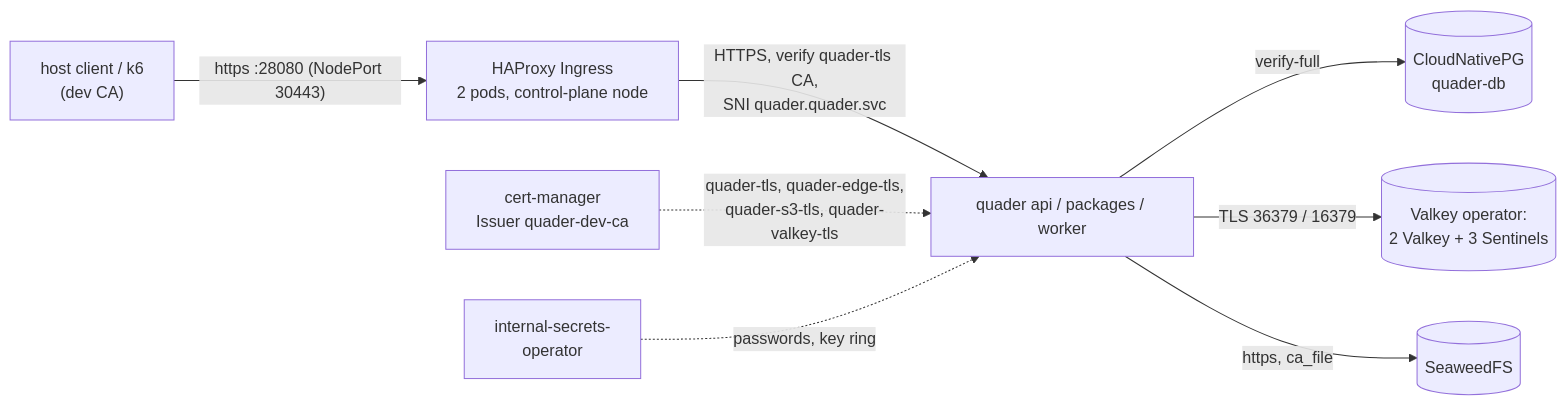
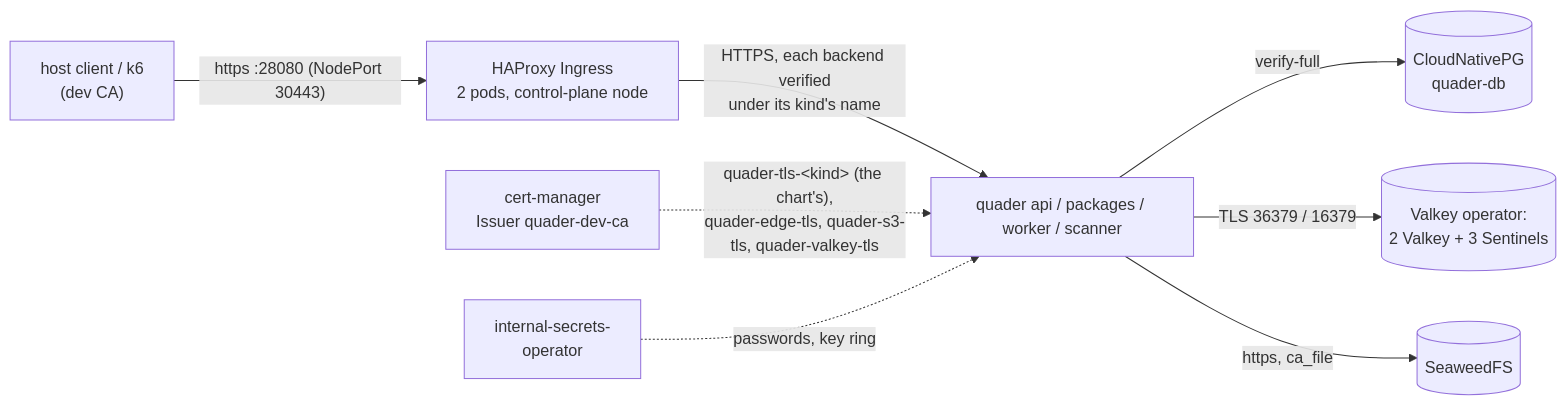
Before and after one commit to guided-traffic/quader: the diagram in docs/developer/local-profile.md, drawn with Mermaid. The commit also changed other lines of this file and 84 other files, not shown here.

First line of the commit message:
feat: every kind of pod has a TLS certificate of its own, which the chart issues through cert-manager

````diff
--- a/docs/developer/local-profile.md
+++ b/docs/developer/local-profile.md
@@ -13,10 +13,10 @@
 ```mermaid
 flowchart LR
   host["host client / k6<br/>(dev CA)"] -- "https :28080 (NodePort 30443)" --> hap["HAProxy Ingress<br/>2 pods, control-plane node"]
-  hap -- "HTTPS, verify quader-tls CA,<br/>SNI quader.quader.svc" --> web["quader api / packages / worker"]
+  hap -- "HTTPS, each backend verified<br/>under its kind's name" --> web["quader api / packages / worker / scanner"]
   web -- "verify-full" --> pg[("CloudNativePG<br/>quader-db")]
   web -- "TLS 36379 / 16379" --> vk[("Valkey operator:<br/>2 Valkey + 3 Sentinels")]
   web -- "https, ca_file" --> s3[("SeaweedFS")]
-  cm["cert-manager<br/>Issuer quader-dev-ca"] -. "quader-tls, quader-edge-tls,<br/>quader-s3-tls, quader-valkey-tls" .-> web
+  cm["cert-manager<br/>Issuer quader-dev-ca"] -. "quader-tls-&lt;kind&gt; (the chart's),<br/>quader-edge-tls, quader-s3-tls, quader-valkey-tls" .-> web
   iso["internal-secrets-<br/>operator"] -. "passwords, key ring" .-> web
 ```
````
